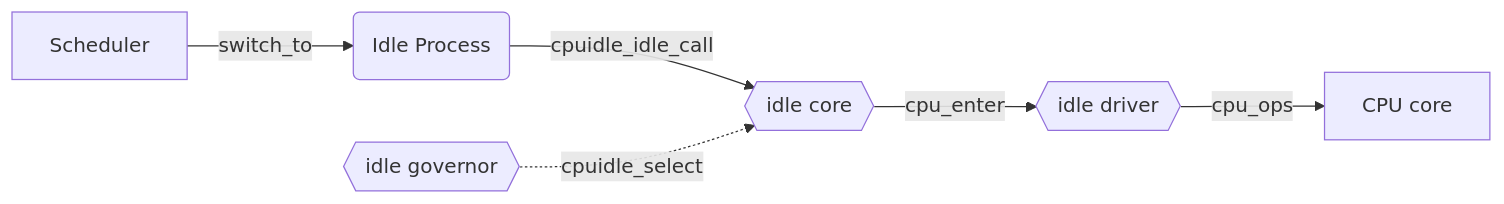
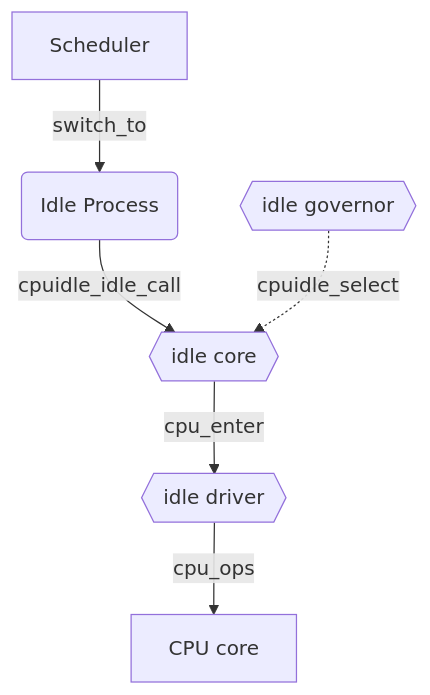
Before and after one commit to chenweigao/blogv2: the third of 3 diagrams in linux/kernel/idle.md, drawn with Mermaid. The commit also changed other lines of this file, not shown here.

````diff
--- a/linux/kernel/idle.md
+++ b/linux/kernel/idle.md
@@ -706,8 +812,8 @@
 ```mermaid
-flowchart LR
+flowchart TD
     A[Scheduler] -->|switch_to| B(Idle Process)
     B --> |cpuidle_idle_call| C{{idle core}}
     D{{idle governor}} -.-> |cpuidle_select| C
     C -->|cpu_enter| E{{idle driver}}
     E -->|cpu_ops| F[CPU core]
 ```
````
